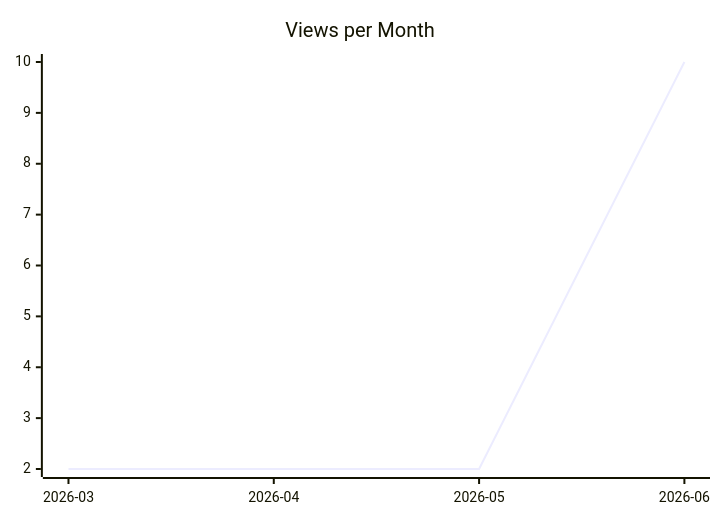
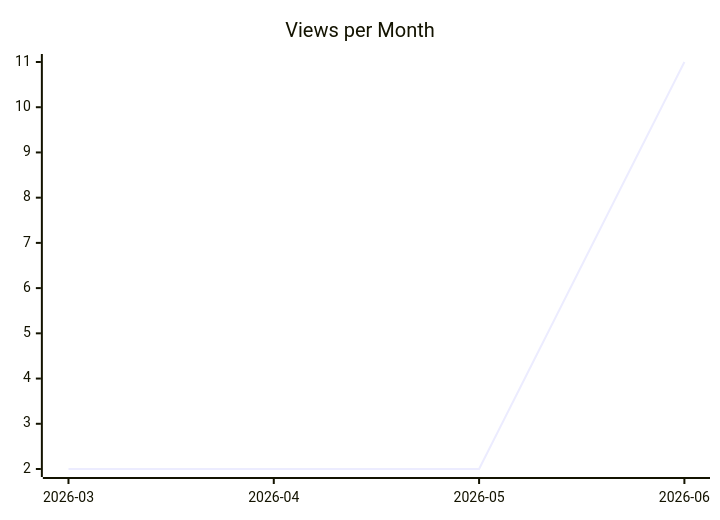
Before and after one commit to justdavis-family/github-analytics-data: the second of 3 diagrams in karlmdavis/ansible-role-jenkins2/README.md, drawn with Mermaid. The commit also changed other lines of this file and 200 other files, not shown here.

````diff
--- a/karlmdavis/ansible-role-jenkins2/README.md
+++ b/karlmdavis/ansible-role-jenkins2/README.md
@@ -12,6 +12,6 @@
 ```mermaid
 xychart-beta
   title "Views per Month"
   x-axis ["2026-03", "2026-04", "2026-05", "2026-06"]
-  line [2, 2, 2, 10]
+  line [2, 2, 2, 11]
 ```
````
